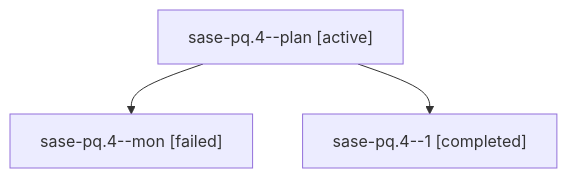
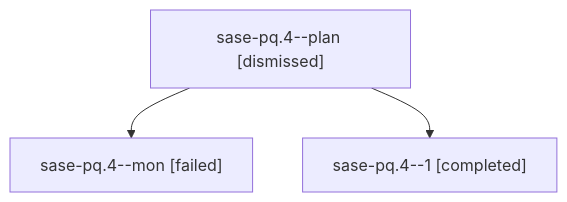
The diagram in sessions/bbugyi200.athena.sase-pq.4.md (sase-org/sase--agents), drawn with Mermaid before and after one commit. The commit also changed other lines of this file and 133 other files, not shown here.

````diff
--- a/sessions/bbugyi200.athena.sase-pq.4.md
+++ b/sessions/bbugyi200.athena.sase-pq.4.md
@@ -9,8 +9,8 @@
 ```mermaid
 flowchart TD
-  n0["sase-pq.4--plan [active]"]
+  n0["sase-pq.4--plan [dismissed]"]
   n1["sase-pq.4--mon [failed]"]
   n0 --> n1
   n2["sase-pq.4--1 [completed]"]
   n0 --> n2
 ```
````
